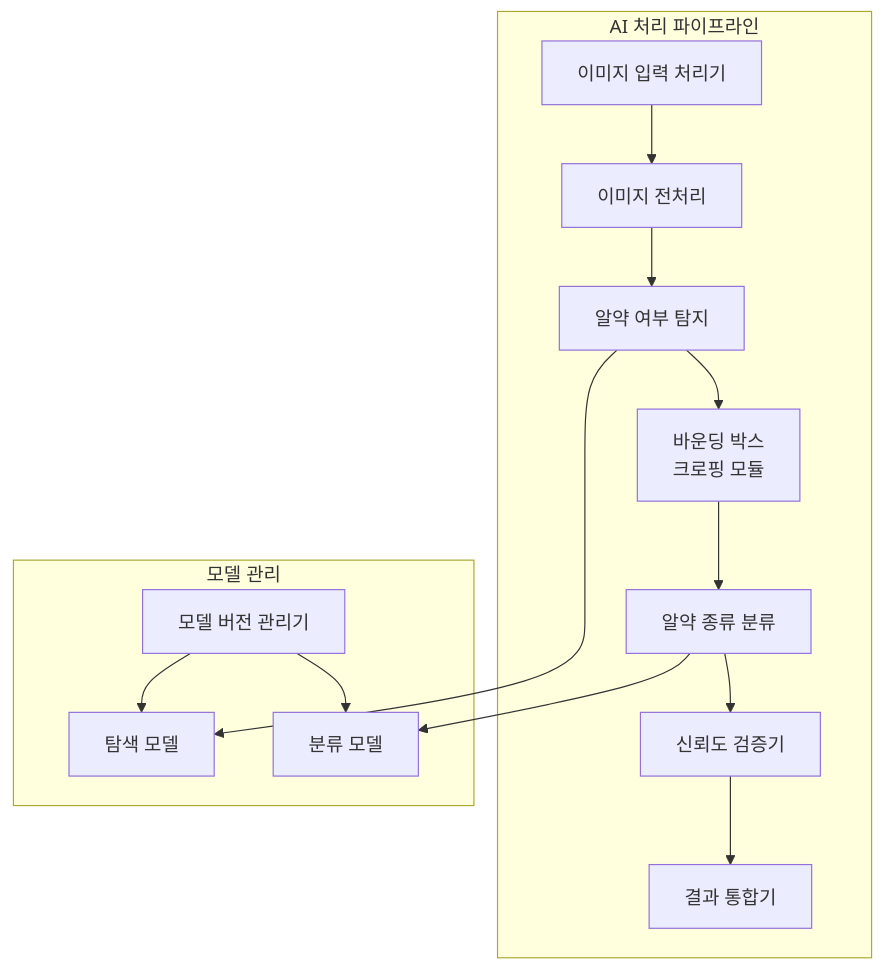
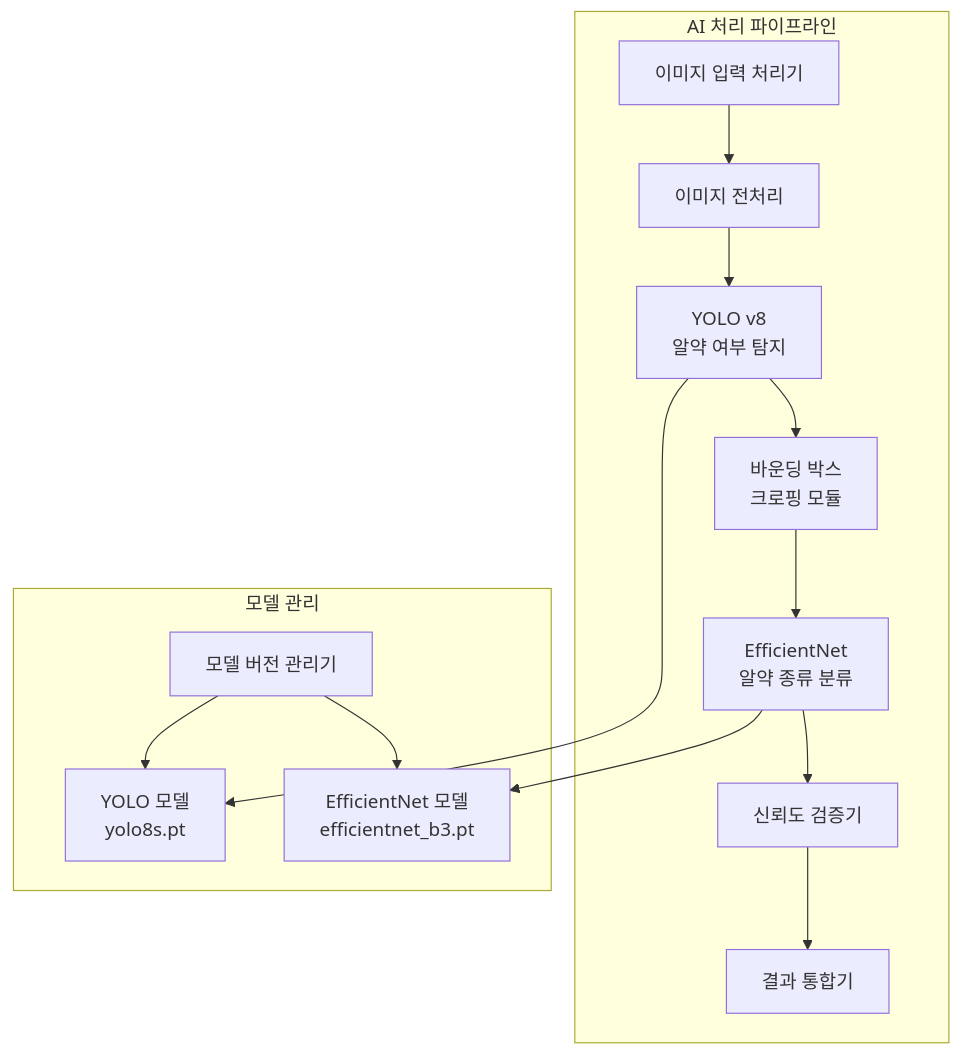
Before and after one commit to c0z0c/codeit_ai_health_eat: the fifth of 12 diagrams in docs/md/아키텍처설계_v2.md, drawn with Mermaid. The commit also changed other lines of this file and 1 other file, not shown here.

````diff
--- a/docs/md/아키텍처설계_v2.md
+++ b/docs/md/아키텍처설계_v2.md
@@ -292,30 +292,30 @@
 ```mermaid
 graph TB
     subgraph "AI 처리 파이프라인"
         A["이미지 입력 처리기"]
         B["이미지 전처리"]
-        C["알약 여부 탐지"]
+        C["YOLO v8<br/>알약 여부 탐지"]
         D["바운딩 박스<br/>크로핑 모듈"]
-        E["알약 종류 분류"]
+        E["EfficientNet<br/>알약 종류 분류"]
         F["신뢰도 검증기"]
         G["결과 통합기"]
     end
     
     subgraph "모델 관리"
-        M1["탐색 모델"]
-        M2["분류 모델"]
+        M1["YOLO 모델<br/>yolo8s.pt"]
+        M2["EfficientNet 모델<br/>efficientnet_b3.pt"]
         M3["모델 버전 관리기"]
     end
     
     A --> B
     B --> C
     C --> D
     D --> E
     E --> F
     F --> G
     
     C --> M1
     E --> M2
     M3 --> M1
     M3 --> M2
 ```
````
